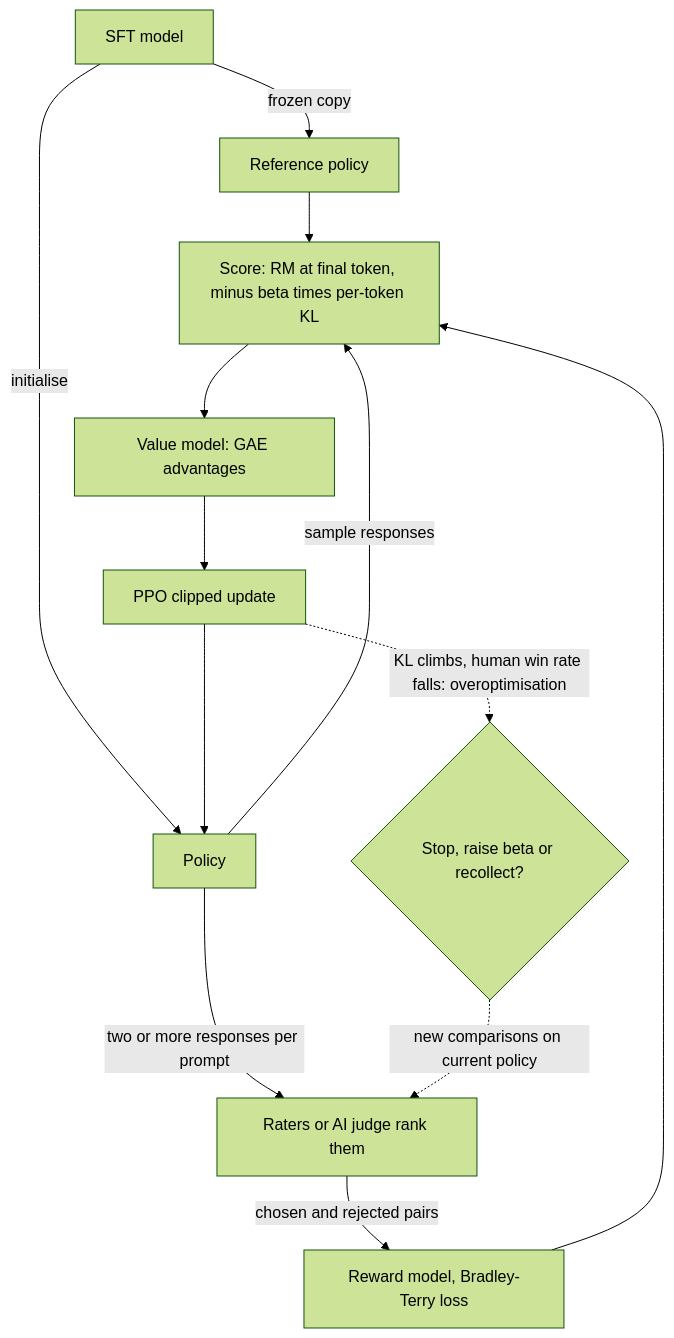
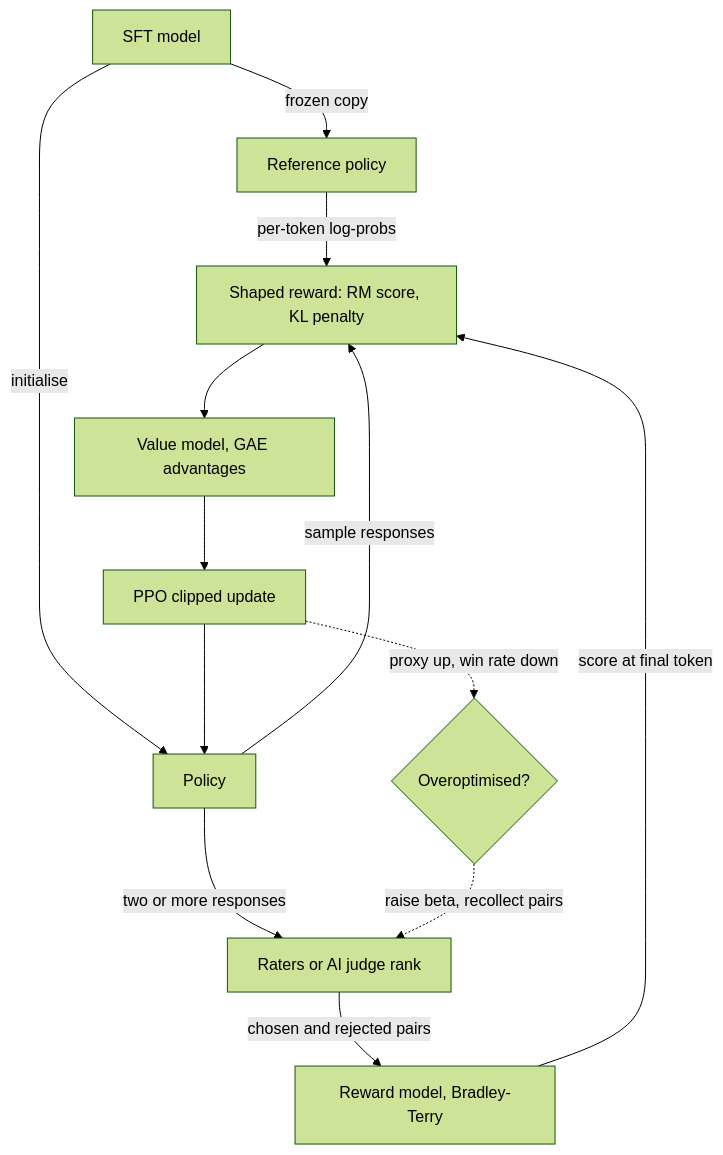
One commit to lovishmahajan97/agentic-learning changed the diagram in content/training-adaptation/rlhf.md. Above: the diagram before and after it, drawn with Mermaid (forest theme). The commit also changed other lines of this file and 278 other files, not shown here.

````diff
--- a/content/training-adaptation/rlhf.md
+++ b/content/training-adaptation/rlhf.md
@@ -142,15 +143,15 @@
 ```mermaid
 flowchart TD
     SFT["SFT model"] -->|"frozen copy"| REF["Reference policy"]
     SFT -->|"initialise"| POL["Policy"]
-    POL -->|"two or more responses per prompt"| RAT["Raters or AI judge rank them"]
-    RAT -->|"chosen and rejected pairs"| RM["Reward model, Bradley-Terry loss"]
-    POL -->|"sample responses"| SC["Score: RM at final token, minus beta times per-token KL"]
-    RM --> SC
-    REF --> SC
-    SC --> VM["Value model: GAE advantages"]
+    POL -->|"two or more responses"| RAT["Raters or AI judge rank"]
+    RAT -->|"chosen and rejected pairs"| RM["Reward model, Bradley-Terry"]
+    POL -->|"sample responses"| SC["Shaped reward: RM score, KL penalty"]
+    RM -->|"score at final token"| SC
+    REF -->|"per-token log-probs"| SC
+    SC --> VM["Value model, GAE advantages"]
     VM --> PPO["PPO clipped update"]
     PPO --> POL
-    PPO -.->|"KL climbs, human win rate falls: overoptimisation"| CHK{"Stop, raise beta or recollect?"}
-    CHK -.->|"new comparisons on current policy"| RAT
+    PPO -.->|"proxy up, win rate down"| CHK{"Overoptimised?"}
+    CHK -.->|"raise beta, recollect pairs"| RAT
 ```
````
